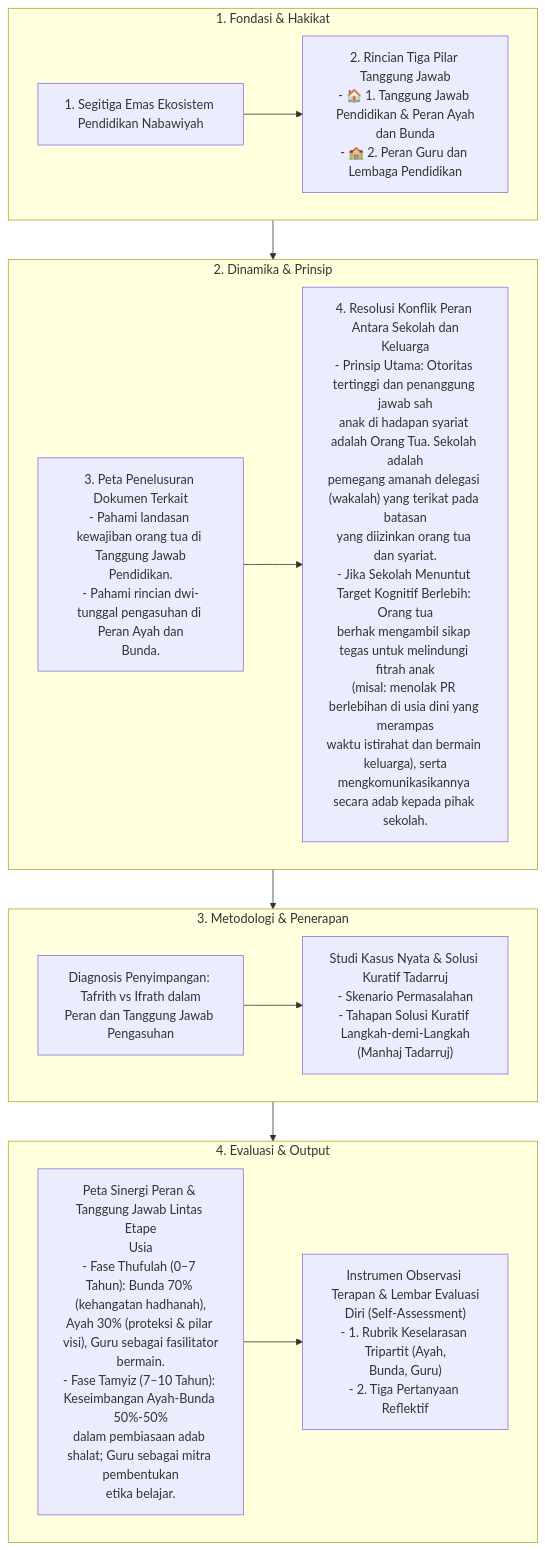
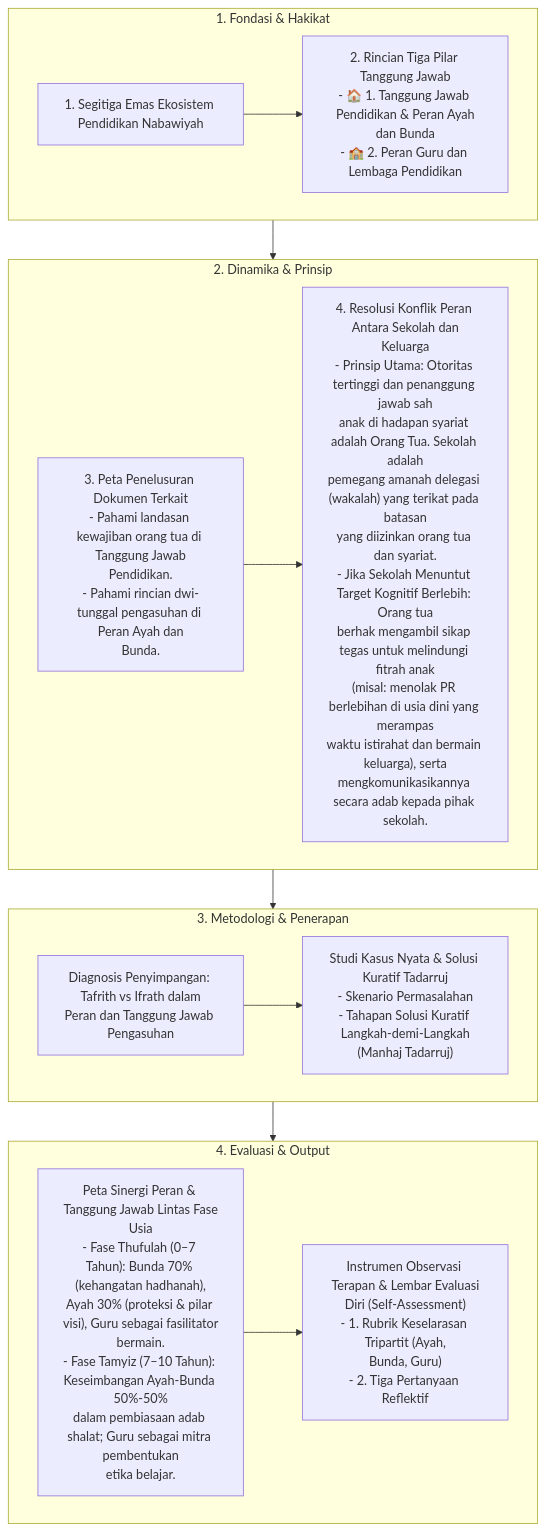
The diagram in content_flow/Dokumen Pendidikan Karakter Nabawiyah/Paradigma & Implementasi/Implementasi/Peran & Tanggung Jawab/index.md (decaller/wiki-pkn), drawn with Mermaid before and after one commit. The commit also changed 410 other files, not shown here.

Commit message:
feat: create master Glosarium and purify terminology across repo (etape -> fase, archetype -> uswah)

````diff
--- a/content_flow/Dokumen Pendidikan Karakter Nabawiyah/Paradigma & Implementasi/Implementasi/Peran & Tanggung Jawab/index.md
+++ b/content_flow/Dokumen Pendidikan Karakter Nabawiyah/Paradigma & Implementasi/Implementasi/Peran & Tanggung Jawab/index.md
@@ -10,30 +10,30 @@
 ```mermaid
 flowchart TD
     subgraph S1["1. Fondasi & Hakikat"]
         N1_1["1. Segitiga Emas Ekosistem Pendidikan Nabawiyah"]
         N1_2["2. Rincian Tiga Pilar Tanggung Jawab<br/>- 🏠 1. Tanggung Jawab Pendidikan & Peran Ayah<br/>dan Bunda<br/>- 🏫 2. Peran Guru dan Lembaga Pendidikan"]
         N1_1 --> N1_2
     end
 
     subgraph S2["2. Dinamika & Prinsip"]
         N2_1["3. Peta Penelusuran Dokumen Terkait<br/>- Pahami landasan kewajiban orang tua di Tanggung Jawab<br/>Pendidikan.<br/>- Pahami rincian dwi-tunggal pengasuhan di Peran Ayah dan<br/>Bunda."]
         N2_2["4. Resolusi Konflik Peran Antara Sekolah dan<br/>Keluarga<br/>- Prinsip Utama: Otoritas tertinggi dan penanggung jawab sah<br/>anak di hadapan syariat adalah Orang Tua. Sekolah adalah<br/>pemegang amanah delegasi (wakalah) yang terikat pada batasan<br/>yang diizinkan orang tua dan syariat.<br/>- Jika Sekolah Menuntut Target Kognitif Berlebih: Orang tua<br/>berhak mengambil sikap tegas untuk melindungi fitrah anak<br/>(misal: menolak PR berlebihan di usia dini yang merampas<br/>waktu istirahat dan bermain keluarga), serta<br/>mengkomunikasikannya secara adab kepada pihak sekolah."]
         N2_1 --> N2_2
     end
 
     subgraph S3["3. Metodologi & Penerapan"]
         N3_1["Diagnosis Penyimpangan: Tafrith vs Ifrath dalam<br/>Peran dan Tanggung Jawab Pengasuhan"]
         N3_2["Studi Kasus Nyata & Solusi Kuratif Tadarruj<br/>- Skenario Permasalahan<br/>- Tahapan Solusi Kuratif Langkah-demi-Langkah<br/>(Manhaj Tadarruj)"]
         N3_1 --> N3_2
     end
 
     subgraph S4["4. Evaluasi & Output"]
-        N4_1["Peta Sinergi Peran & Tanggung Jawab Lintas Etape<br/>Usia<br/>- Fase Thufulah (0–7 Tahun): Bunda 70% (kehangatan hadhanah),<br/>Ayah 30% (proteksi & pilar visi), Guru sebagai fasilitator<br/>bermain.<br/>- Fase Tamyiz (7–10 Tahun): Keseimbangan Ayah-Bunda 50%-50%<br/>dalam pembiasaan adab shalat; Guru sebagai mitra pembentukan<br/>etika belajar."]
+        N4_1["Peta Sinergi Peran & Tanggung Jawab Lintas Fase<br/>Usia<br/>- Fase Thufulah (0–7 Tahun): Bunda 70% (kehangatan hadhanah),<br/>Ayah 30% (proteksi & pilar visi), Guru sebagai fasilitator<br/>bermain.<br/>- Fase Tamyiz (7–10 Tahun): Keseimbangan Ayah-Bunda 50%-50%<br/>dalam pembiasaan adab shalat; Guru sebagai mitra pembentukan<br/>etika belajar."]
         N4_2["Instrumen Observasi Terapan & Lembar Evaluasi<br/>Diri (Self-Assessment)<br/>- 1. Rubrik Keselarasan Tripartit (Ayah,<br/>Bunda, Guru)<br/>- 2. Tiga Pertanyaan Reflektif"]
         N4_1 --> N4_2
     end
 
     S1 --> S2
     S2 --> S3
     S3 --> S4
 ```
````
